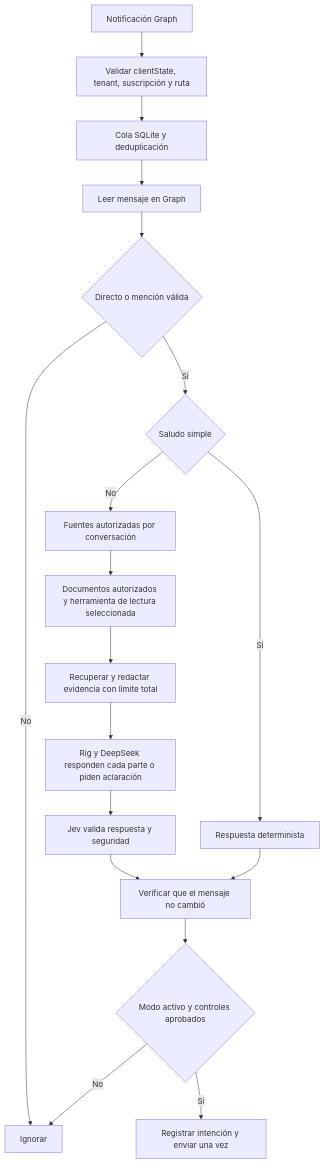
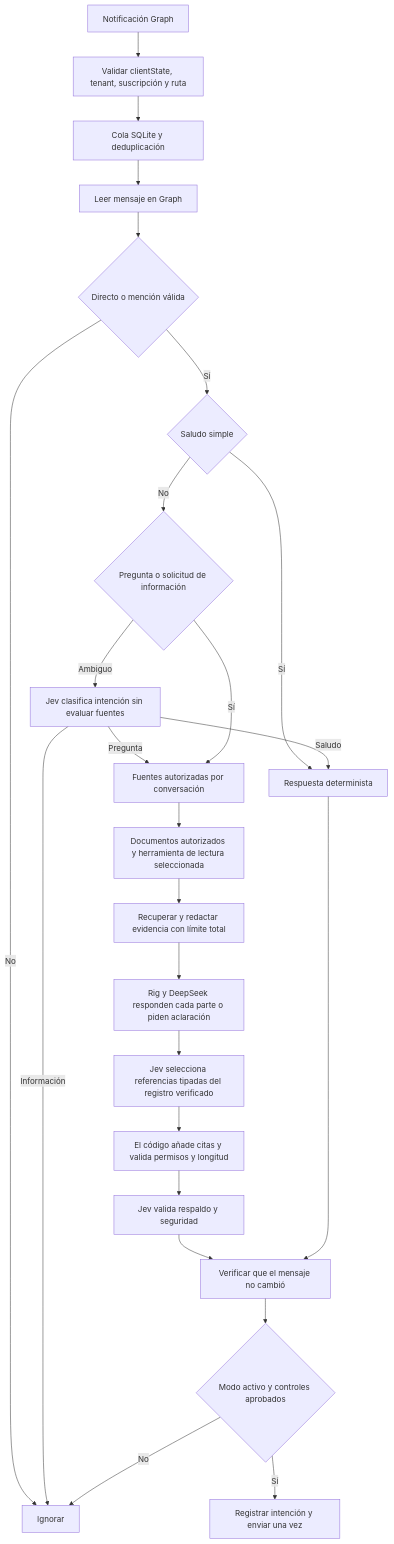
One commit to elvisbrevi/personal-teams-assistant changed the diagram in README.md. Above: the diagram before and after it, drawn with Mermaid. The commit also changed other lines of this file and 15 other files, not shown here.

````diff
--- a/README.md
+++ b/README.md
@@ -88,20 +88,27 @@
 ```mermaid
 flowchart TD
   A[Notificación Graph] --> B[Validar clientState, tenant, suscripción y ruta]
   B --> C[Cola SQLite y deduplicación]
   C --> D[Leer mensaje en Graph]
   D --> E{Directo o mención válida}
   E -->|No| Z[Ignorar]
   E -->|Sí| F{Saludo simple}
   F -->|Sí| G[Respuesta determinista]
-  F -->|No| H[Fuentes autorizadas por conversación]
+  F -->|No| T{Pregunta o solicitud de información}
+  T -->|Ambiguo| U[Jev clasifica intención sin evaluar fuentes]
+  U -->|Pregunta| H[Fuentes autorizadas por conversación]
+  U -->|Saludo| G
+  U -->|Información| Z
+  T -->|Sí| H
   H --> I[Documentos autorizados y herramienta de lectura seleccionada]
   I --> J[Recuperar y redactar evidencia con límite total]
   J --> L[Rig y DeepSeek responden cada parte o piden aclaración]
-  L --> M[Jev valida respuesta y seguridad]
+  L --> R[Jev selecciona referencias tipadas del registro verificado]
+  R --> S[El código añade citas y valida permisos y longitud]
+  S --> M[Jev valida respaldo y seguridad]
   M --> N[Verificar que el mensaje no cambió]
   G --> N
   N --> O{Modo activo y controles aprobados}
   O -->|Sí| P[Registrar intención y enviar una vez]
   O -->|No| Z
 ```
````
